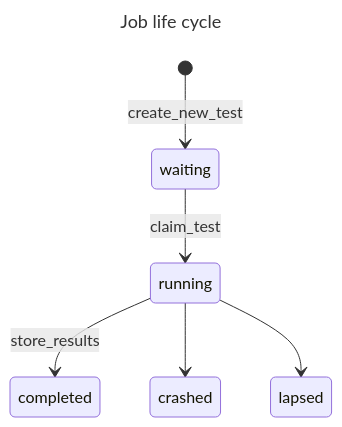
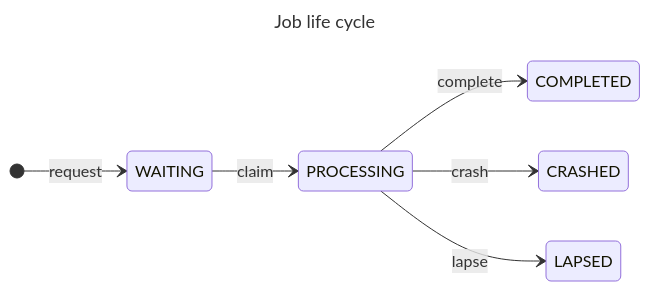
One commit to mattias-p/zonemaster-backend changed the third of 3 diagrams in docs/Terminology.md. Above: the diagram before and after it, drawn with Mermaid. The commit also changed other lines of this file, not shown here.

````diff
--- a/docs/Terminology.md
+++ b/docs/Terminology.md
@@ -88,12 +86,13 @@
 ```mermaid
 ---
 title: Job life cycle
 ---
 stateDiagram-v2
+direction LR
 
-[*] --> waiting: create_new_test
-waiting --> running: claim_test
-running --> completed: store_results
-running --> crashed
-running --> lapsed
+[*] --> WAITING: request
+WAITING --> PROCESSING: claim
+PROCESSING --> COMPLETED: complete
+PROCESSING --> CRASHED: crash
+PROCESSING --> LAPSED: lapse
 ```
````
